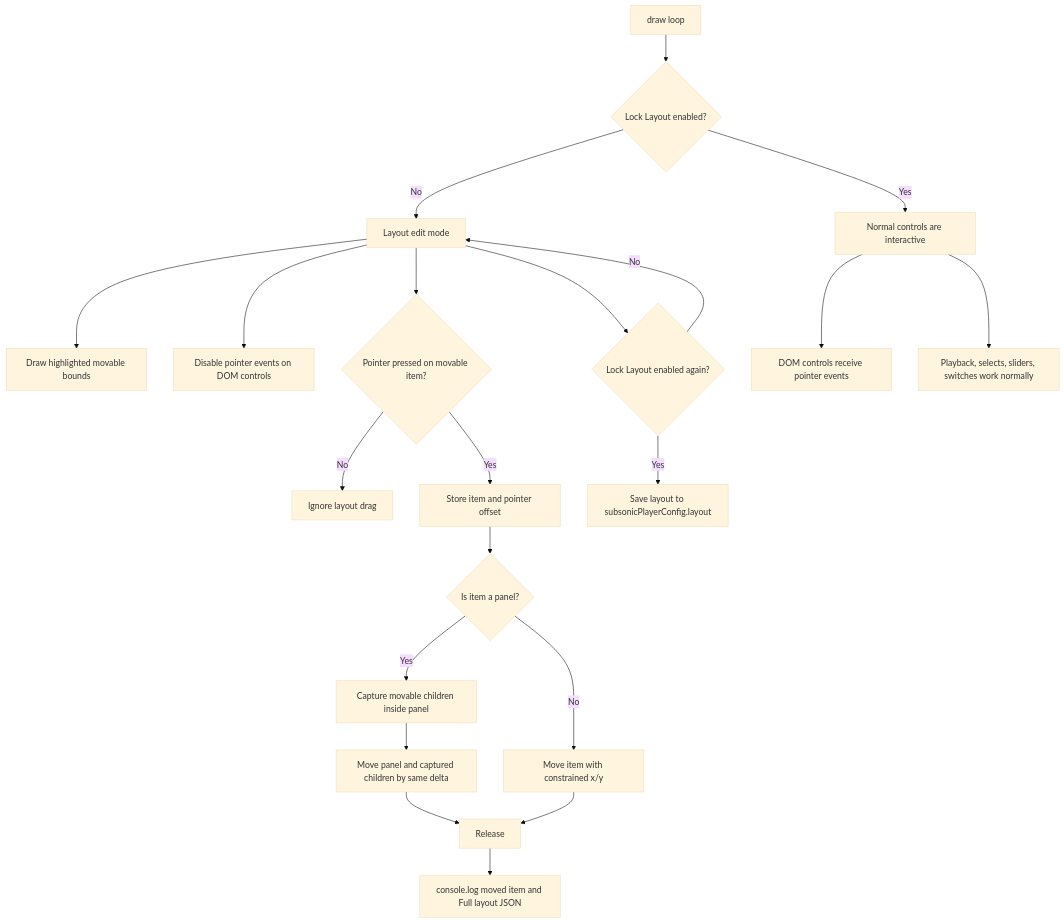
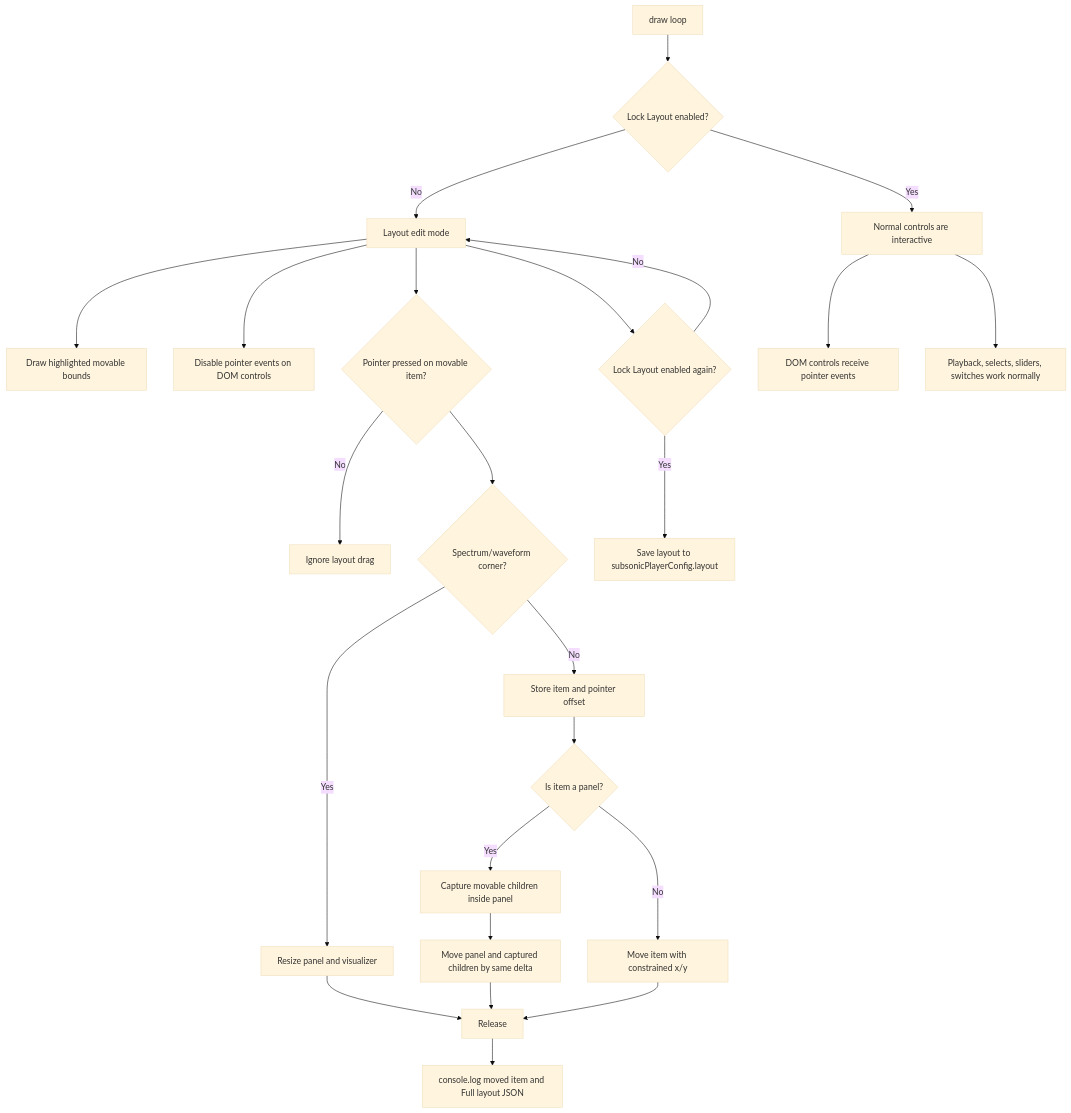
One commit to Leorivasc/neon_deck changed the seventh of 10 diagrams in doc/diagrams.md. Above: the diagram before and after it, drawn with Mermaid (base theme). The commit also changed 1 other file, not shown here.

````diff
--- a/doc/diagrams.md
+++ b/doc/diagrams.md
@@ -162,25 +162,28 @@
 ```mermaid
 flowchart TD
     Draw[draw loop] --> LockState{Lock Layout enabled?}
     LockState -->|Yes| Normal[Normal controls are interactive]
     LockState -->|No| Edit[Layout edit mode]
 
     Edit --> Overlay[Draw highlighted movable bounds]
     Edit --> DomPass[Disable pointer events on DOM controls]
     Edit --> Press{Pointer pressed on movable item?}
     Press -->|No| Ignore[Ignore layout drag]
-    Press -->|Yes| Capture[Store item and pointer offset]
+    Press --> Resize{Spectrum/waveform corner?}
+    Resize -->|Yes| ResizePanel[Resize panel and visualizer]
+    ResizePanel --> Release
+    Resize -->|No| Capture[Store item and pointer offset]
     Capture --> Group{Is item a panel?}
     Group -->|Yes| Children[Capture movable children inside panel]
     Group -->|No| Drag[Move item with constrained x/y]
     Children --> DragGroup[Move panel and captured children by same delta]
     DragGroup --> Release
     Drag --> Release
     Release --> Log[console.log moved item and Full layout JSON]
     Edit --> Relock{Lock Layout enabled again?}
     Relock -->|Yes| Save[Save layout to subsonicPlayerConfig.layout]
     Relock -->|No| Edit
 
     Normal --> DomNormal[DOM controls receive pointer events]
     Normal --> Playback[Playback, selects, sliders, switches work normally]
 ```
````
